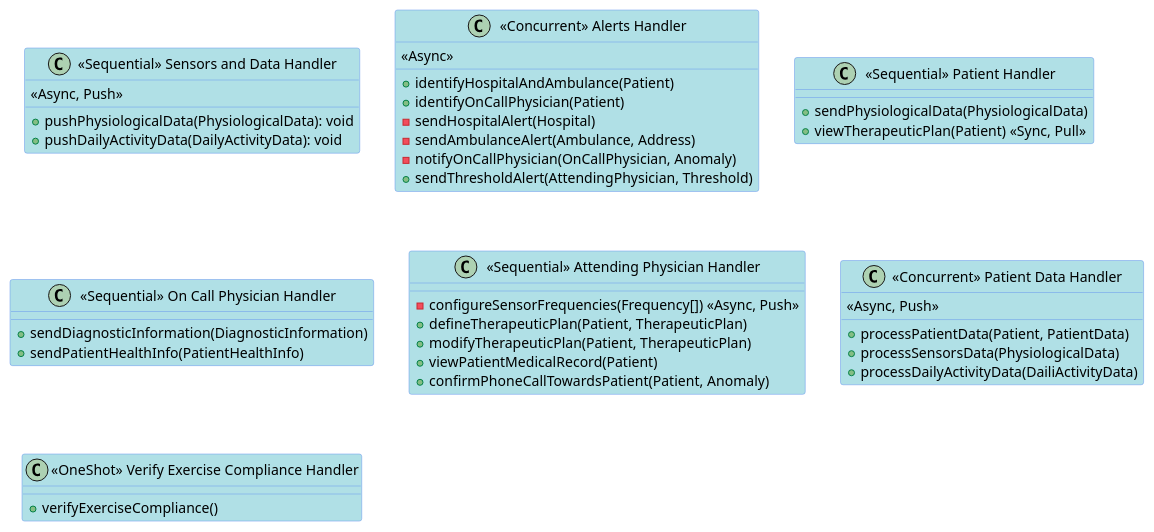
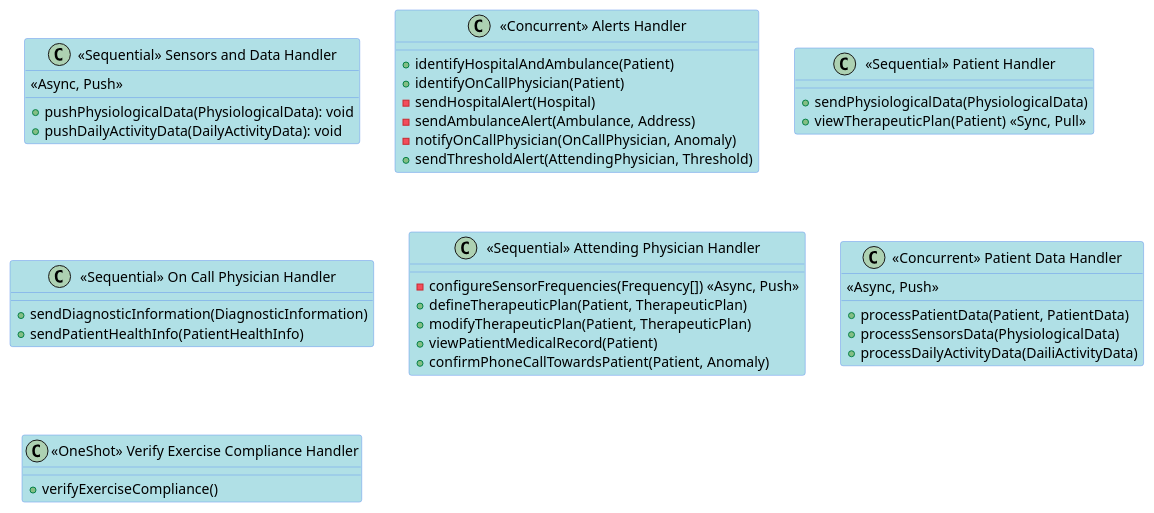
One commit to koalas11/Software-Architecture-Project changed the diagram in diagrams/concrete_diagram.plantuml. Above: the diagram before and after it, drawn with PlantUML. The commit also changed other lines of this file, not shown here.

```diff
--- a/diagrams/concrete_diagram.plantuml
+++ b/diagrams/concrete_diagram.plantuml
@@ -1,51 +1,50 @@
 @startuml concrete_diagram
 
 skinparam ClassBorderColor CornflowerBlue
 skinparam ClassBackgroundColor PowderBlue
 
 class "<<Sequential>> Sensors and Data Handler" as C1 {
   <<Async, Push>>
   + pushPhysiologicalData(PhysiologicalData): void
   + pushDailyActivityData(DailyActivityData): void
 }
 
 class "<<Concurrent>> Alerts Handler" as C2 {
   +identifyHospitalAndAmbulance(Patient)
   +identifyOnCallPhysician(Patient)
-  <<Async>>
   -sendHospitalAlert(Hospital)
   -sendAmbulanceAlert(Ambulance, Address)
   -notifyOnCallPhysician(OnCallPhysician, Anomaly)
   +sendThresholdAlert(AttendingPhysician, Threshold)
 }
 
 class "<<Sequential>> Patient Handler" as C3 {
   +sendPhysiologicalData(PhysiologicalData)
   +viewTherapeuticPlan(Patient) <<Sync, Pull>>
 }
 
 class "<<Sequential>> On Call Physician Handler" as C4 {
   +sendDiagnosticInformation(DiagnosticInformation)
   +sendPatientHealthInfo(PatientHealthInfo)
 }
 
 class "<<Sequential>> Attending Physician Handler" as C5 {
   -configureSensorFrequencies(Frequency[]) <<Async, Push>>
   +defineTherapeuticPlan(Patient, TherapeuticPlan)
   +modifyTherapeuticPlan(Patient, TherapeuticPlan)
   +viewPatientMedicalRecord(Patient)
   +confirmPhoneCallTowardsPatient(Patient, Anomaly)
 }
 
 class "<<Concurrent>> Patient Data Handler" as C6 {
   <<Async, Push>>
   +processPatientData(Patient, PatientData)
   +processSensorsData(PhysiologicalData)
   +processDailyActivityData(DailiActivityData)
 }
 
 class "<<OneShot>> Verify Exercise Compliance Handler" as C7 {
   +verifyExerciseCompliance()
 }
 
 @enduml
```
